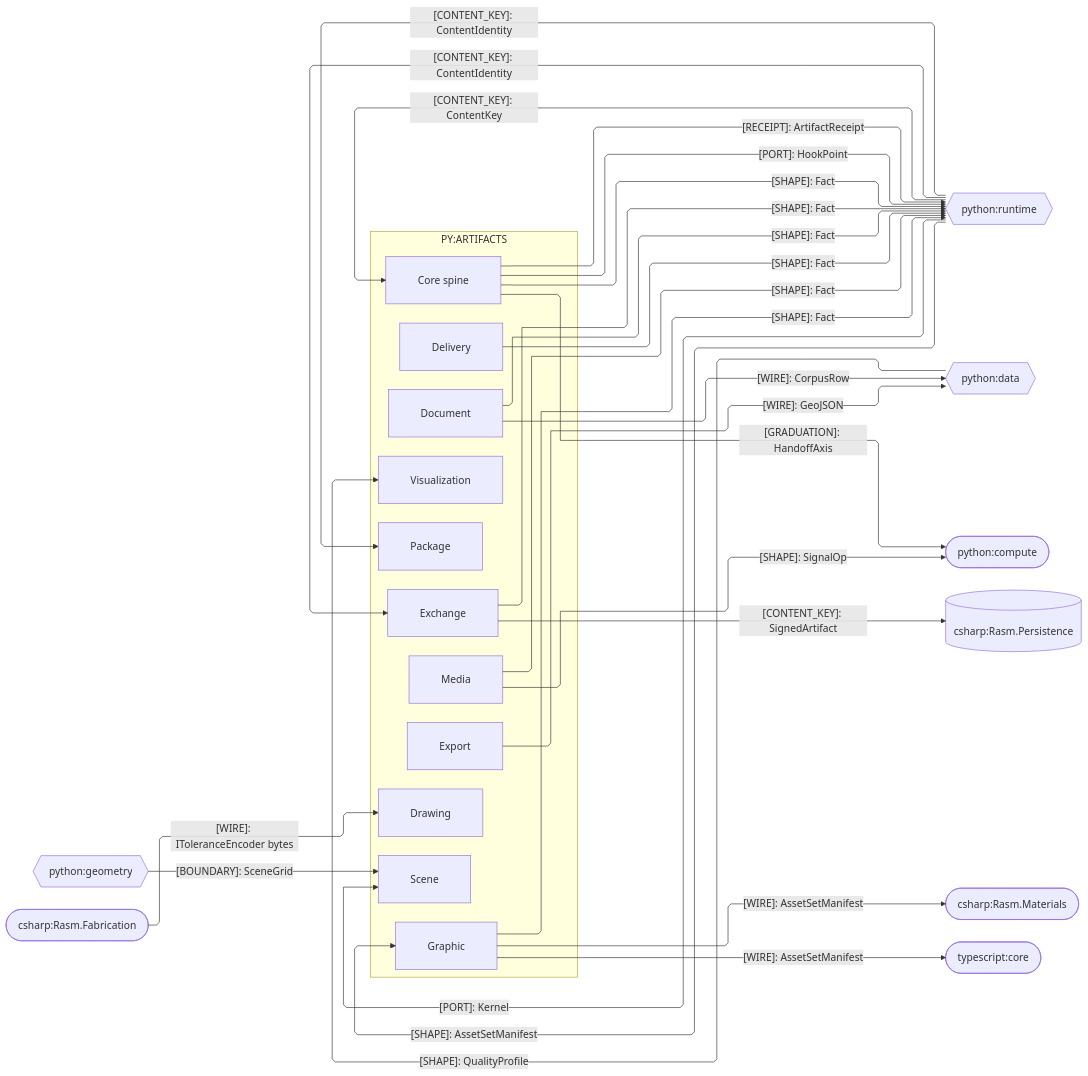
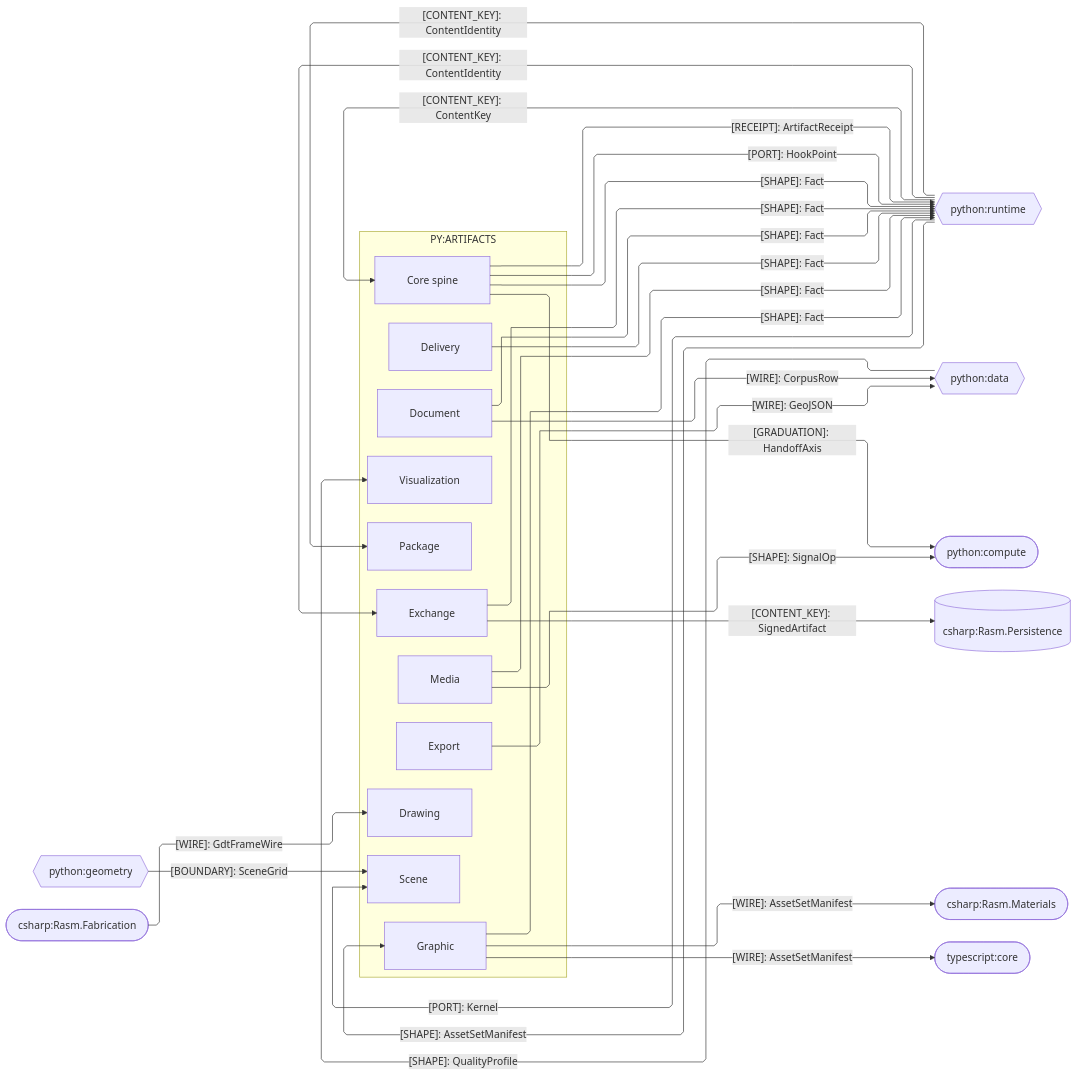
Before and after one commit to bsamiee/Rasm: the second of 3 diagrams in libs/python/artifacts/ARCHITECTURE.md, drawn with Mermaid. The commit also changed other lines of this file and 400 other files, not shown here.

````diff
--- a/libs/python/artifacts/ARCHITECTURE.md
+++ b/libs/python/artifacts/ARCHITECTURE.md
@@ -209,56 +209,56 @@
 ```mermaid
 ---
 config:
   layout: elk
   flowchart:
     curve: linear
     padding: 25
 ---
 flowchart LR
     accTitle: Artifacts package seam registry
     accDescr: Artifacts sub-domain owners exchanging content keys, receipts, wires, and shapes with Python, C#, and typescript peers.
     subgraph artifacts[PY:ARTIFACTS]
         Core[Core spine]
         Document[Document]
         Delivery[Delivery]
         Visualization[Visualization]
         Drawing[Drawing]
         Graphic[Graphic]
         Media[Media]
         Scene[Scene]
         Export[Export]
         Exchange[Exchange]
         Package[Package]
     end
     Geometry{{python:geometry}}
     Runtime{{python:runtime}}
     Data{{python:data}}
     Compute([python:compute])
     Persistence[(csharp:Rasm.Persistence)]
     Fabrication([csharp:Rasm.Fabrication])
     Materials([csharp:Rasm.Materials])
     Interchange([typescript:core])
     Runtime e1@-->|"[CONTENT_KEY]: ContentKey"| Core
     Core e2@-->|"[RECEIPT]: ArtifactReceipt"| Runtime
     Runtime e3@-->|"[CONTENT_KEY]: ContentIdentity"| Exchange
     Runtime e4@-->|"[CONTENT_KEY]: ContentIdentity"| Package
     Core e5@-->|"[GRADUATION]: HandoffAxis"| Compute
     Media e6@-->|"[SHAPE]: SignalOp"| Compute
     Document e7@-->|"[WIRE]: CorpusRow"| Data
     Export e8@-->|"[WIRE]: GeoJSON"| Data
     Data e9@-->|"[SHAPE]: QualityProfile"| Visualization
-    Fabrication e11@-->|"[WIRE]: IToleranceEncoder bytes"| Drawing
+    Fabrication e11@-->|"[WIRE]: GdtFrameWire"| Drawing
     Geometry e12@-->|"[BOUNDARY]: SceneGrid"| Scene
     Exchange e13@-->|"[CONTENT_KEY]: SignedArtifact"| Persistence
     Runtime e14@-->|"[PORT]: Kernel"| Scene
     Core e15@-->|"[PORT]: HookPoint"| Runtime
     Runtime e16@-->|"[SHAPE]: AssetSetManifest"| Graphic
     Graphic e17@-->|"[WIRE]: AssetSetManifest"| Materials
     Graphic e18@-->|"[WIRE]: AssetSetManifest"| Interchange
     Core e19@-->|"[SHAPE]: Fact"| Runtime
     Delivery e20@-->|"[SHAPE]: Fact"| Runtime
     Document e21@-->|"[SHAPE]: Fact"| Runtime
     Graphic e22@-->|"[SHAPE]: Fact"| Runtime
     Media e23@-->|"[SHAPE]: Fact"| Runtime
     Exchange e24@-->|"[SHAPE]: Fact"| Runtime
 ```
````
